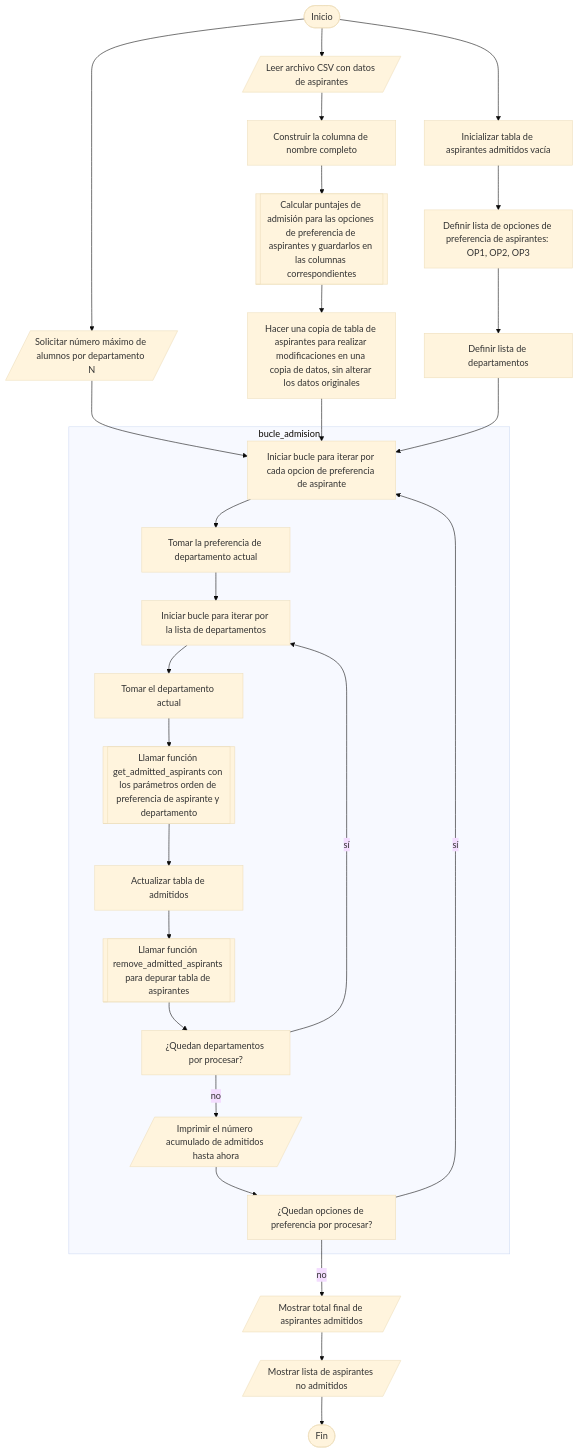
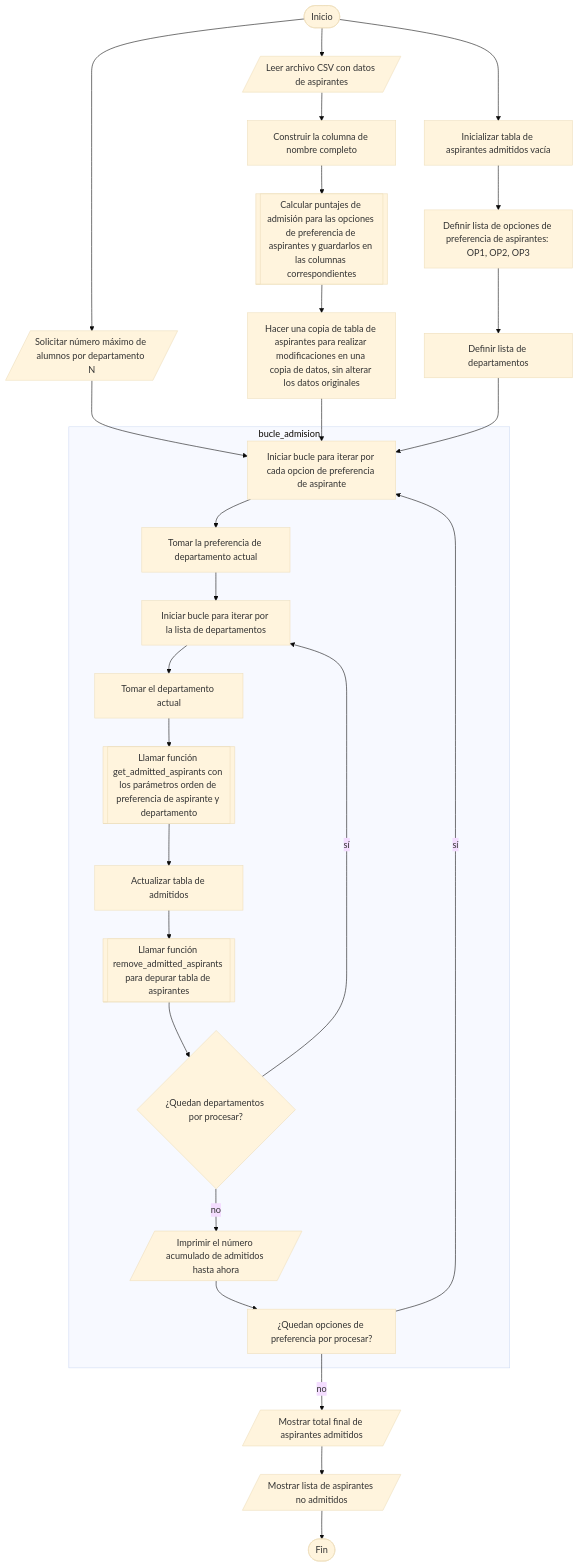
The diagram in Unidad_3/Proyecto_3_algoritmo.mermaid (vshalisko/PythonIntro), drawn with Mermaid (base theme) before and after one commit.

```diff
--- a/Unidad_3/Proyecto_3_algoritmo.mermaid
+++ b/Unidad_3/Proyecto_3_algoritmo.mermaid
@@ -1,29 +1,29 @@
 flowchart TD
 
 A([Inicio]) --> B[/Leer archivo CSV con datos de aspirantes/]
 A --> C[/Solicitar número máximo de alumnos por departamento N/]
 A --> D[Inicializar tabla de aspirantes admitidos vacía]
 B --> B1[Construir la columna de nombre completo]
 B1 --> B2[[Calcular puntajes de admisión para las opciones de preferencia de aspirantes y guardarlos en las columnas correspondientes]]
 B2 --> E[Hacer una copia de tabla de aspirantes para realizar modificaciones en una copia de datos, sin alterar los datos originales]
 D --> F1[Definir lista de opciones de preferencia de aspirantes: OP1, OP2, OP3]
 F1 --> F[Definir lista de departamentos]
 C --> G
 E --> G
 F --> G
 subgraph bucle_admision
 G[Iniciar bucle para iterar por cada opcion de preferencia de aspirante] --> H[Tomar la preferencia de departamento actual]
 H --> I[Iniciar bucle para iterar por la lista de departamentos]
 I --> J[Tomar el departamento actual]
 J --> K[[Llamar función get_admitted_aspirants con los parámetros orden de preferencia de aspirante y departamento]]
 K --> L[Actualizar tabla de admitidos]
 L --> M[[Llamar función remove_admitted_aspirants para depurar tabla de aspirantes]]
-M --> N[¿Quedan departamentos por procesar?]
+M --> N{¿Quedan departamentos por procesar?}
 N -- sí --> I
 N -- no --> O[/Imprimir el número acumulado de admitidos hasta ahora/]
 O --> P[¿Quedan opciones de preferencia por procesar?]
 P -- sí --> G
 end
 P -- no --> Q[/Mostrar total final de aspirantes admitidos/]
 Q --> R[/Mostrar lista de aspirantes no admitidos/]
 R --> S([Fin])
```
